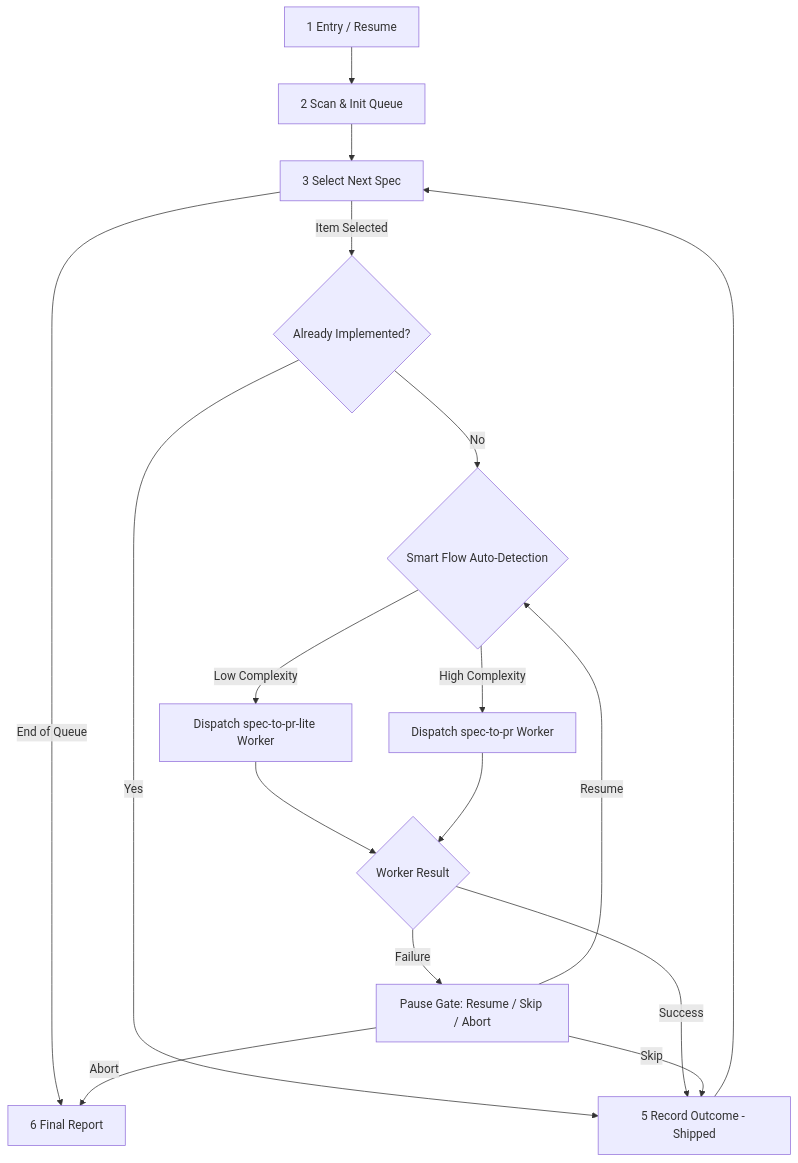
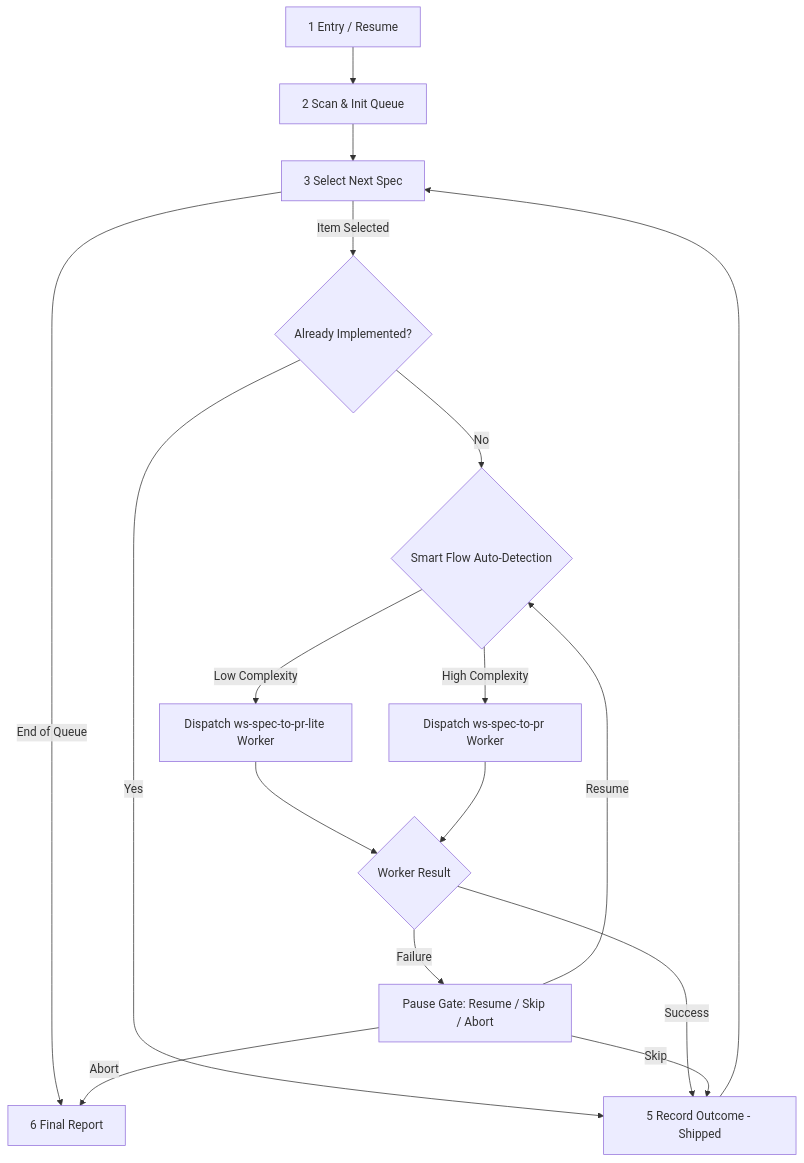
The diagram in .agents/skills/ws-multi-spec/PROTOCOL.md (jpolvora/cursor-server), drawn with Mermaid before and after one commit. The commit also changed other lines of this file and 133 other files, not shown here.

````diff
--- a/.agents/skills/ws-multi-spec/PROTOCOL.md
+++ b/.agents/skills/ws-multi-spec/PROTOCOL.md
@@ -7,19 +7,19 @@
 ```mermaid
 flowchart TD
   P1[1 Entry / Resume] --> P2[2 Scan & Init Queue]
   P2 --> P3[3 Select Next Spec]
   P3 -->|End of Queue| P6[6 Final Report]
   P3 -->|Item Selected| Probe{Already Implemented?}
   Probe -->|Yes| P5[5 Record Outcome - Skipped]
   Probe -->|No| FlowDetect{Smart Flow Auto-Detection}
-  FlowDetect -->|Low Complexity| DispatchLite[Dispatch spec-to-pr-lite Worker]
-  FlowDetect -->|High Complexity| DispatchFull[Dispatch spec-to-pr Worker]
+  FlowDetect -->|Low Complexity| DispatchLite[Dispatch ws-spec-to-pr-lite Worker]
+  FlowDetect -->|High Complexity| DispatchFull[Dispatch ws-spec-to-pr Worker]
   DispatchLite --> WorkerOutcome
   DispatchFull --> WorkerOutcome
   WorkerOutcome{Worker Result} -->|Success| P5[5 Record Outcome - Shipped]
   WorkerOutcome -->|Failure| PauseGate[Pause Gate: Resume / Skip / Abort]
   PauseGate -->|Resume| FlowDetect
   PauseGate -->|Skip| P5
   PauseGate -->|Abort| P6
   P5 --> P3
 ```
````
